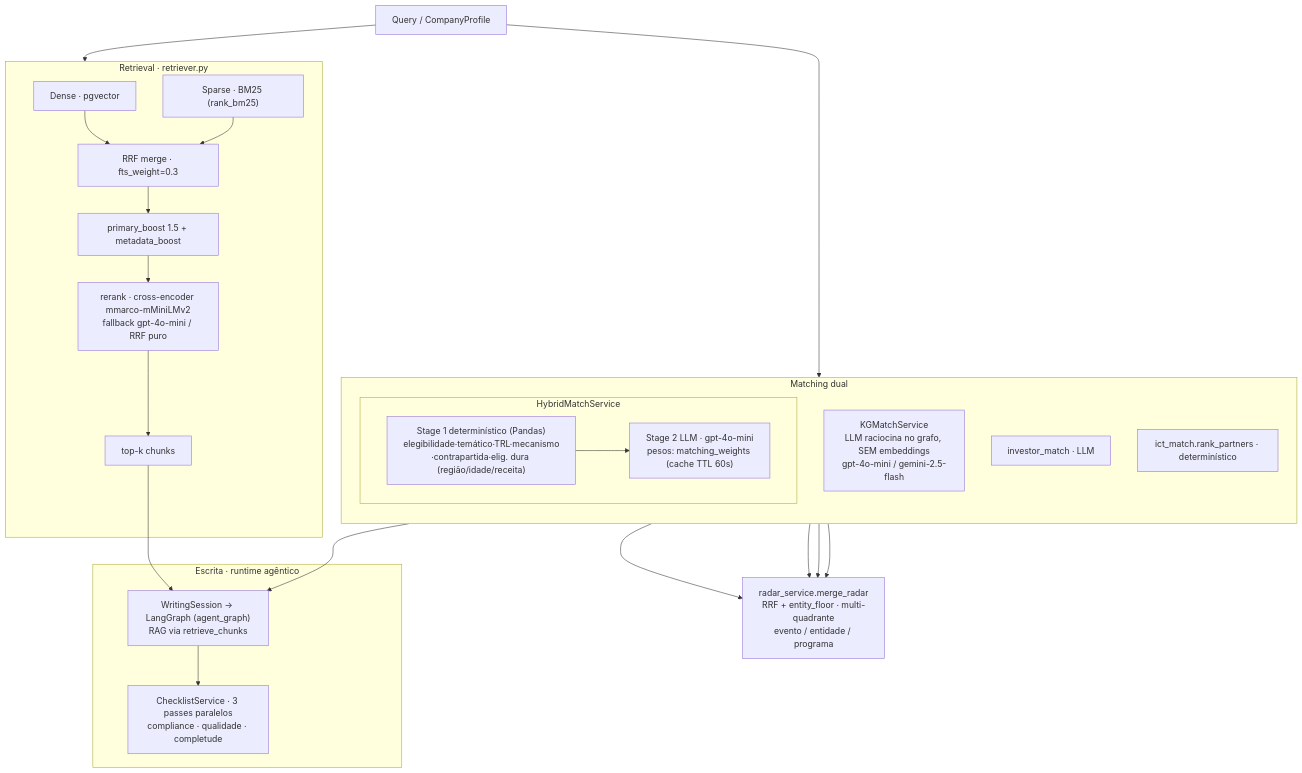
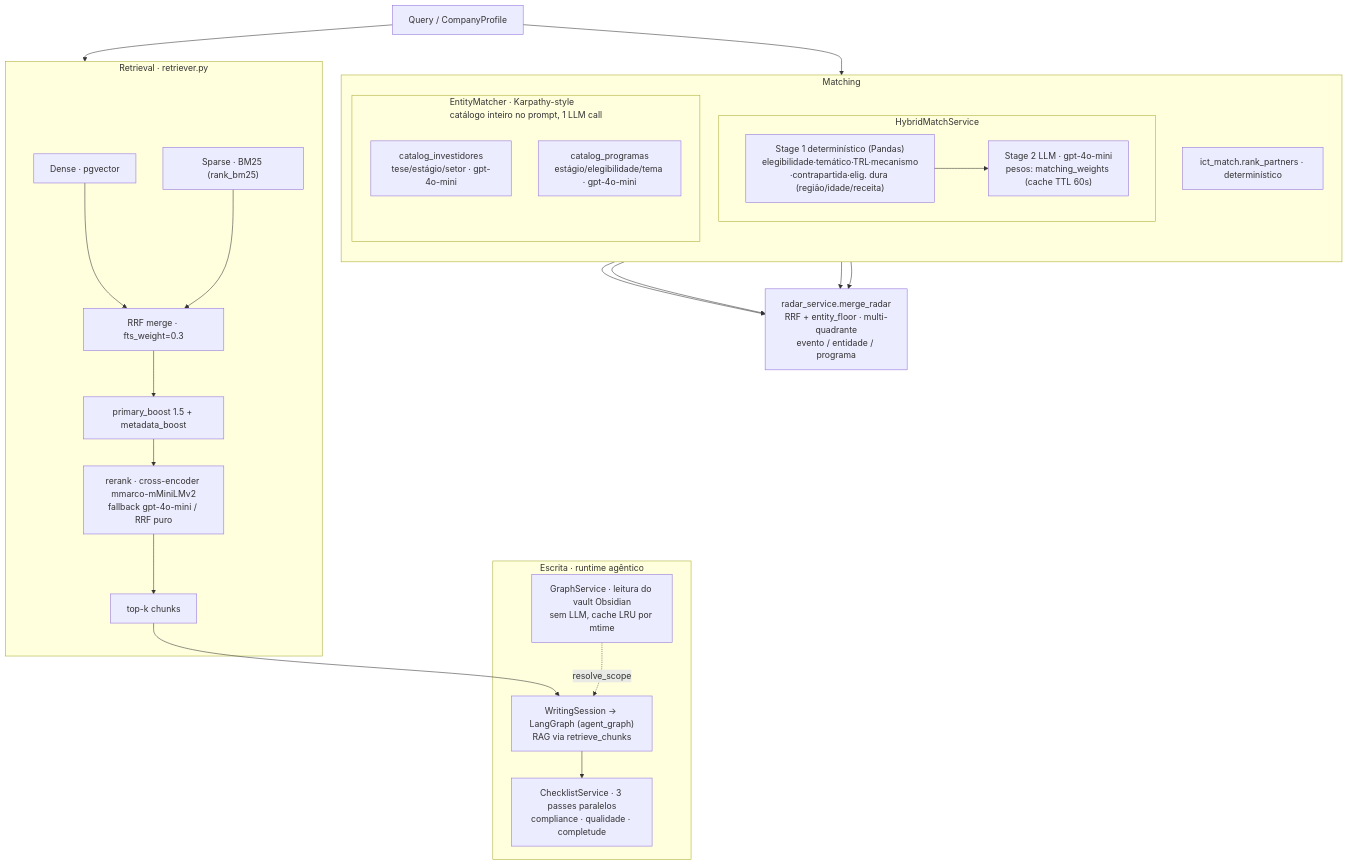
Before and after one commit to lucasborgs/radar_editais: the second of 4 diagrams in docs/architecture.md, drawn with Mermaid.

Commit message:
docs: atualizar diagrama de matching secao 2 — EntityMatcher + GraphService no lugar de KGMatchService

````diff
--- a/docs/architecture.md
+++ b/docs/architecture.md
@@ -54,40 +54,43 @@
 ```mermaid
 flowchart TB
   Q["Query / CompanyProfile"]
 
   subgraph RET["Retrieval · retriever.py"]
     DENSE["Dense · pgvector"]
     SPARSE["Sparse · BM25 (rank_bm25)"]
     DENSE --> RRF["RRF merge · fts_weight=0.3"]
     SPARSE --> RRF
     RRF --> BOOST["primary_boost 1.5 + metadata_boost"]
     BOOST --> RERANK["rerank · cross-encoder mmarco-mMiniLMv2<br/>fallback gpt-4o-mini / RRF puro"]
     RERANK --> TOPK["top-k chunks"]
   end
 
-  subgraph MATCH["Matching dual"]
+  subgraph MATCH["Matching"]
     direction TB
     subgraph HM["HybridMatchService"]
       S1["Stage 1 determinístico (Pandas)<br/>elegibilidade·temático·TRL·mecanismo<br/>·contrapartida·elig. dura (região/idade/receita)"]
       S1 --> S2["Stage 2 LLM · gpt-4o-mini<br/>pesos: matching_weights (cache TTL 60s)"]
     end
-    KGM["KGMatchService<br/>LLM raciocina no grafo, SEM embeddings<br/>gpt-4o-mini / gemini-2.5-flash"]
-    INV["investor_match · LLM"]
+    subgraph EM["EntityMatcher · Karpathy-style<br/>catálogo inteiro no prompt, 1 LLM call"]
+      INV["catalog_investidores<br/>tese/estágio/setor · gpt-4o-mini"]
+      PROG["catalog_programas<br/>estágio/elegibilidade/tema · gpt-4o-mini"]
+    end
     ICT["ict_match.rank_partners · determinístico"]
   end
 
   Q --> RET
   Q --> MATCH
   HM --> RADAR
-  KGM --> RADAR
   INV --> RADAR
+  PROG --> RADAR
   ICT --> RADAR
   RADAR["radar_service.merge_radar<br/>RRF + entity_floor · multi-quadrante<br/>evento / entidade / programa"]
 
   TOPK --> WS
-  KGM --> WS
+  GS -.->|resolve_scope| WS
   subgraph WRITE["Escrita · runtime agêntico"]
+    GS["GraphService · leitura do vault Obsidian<br/>sem LLM, cache LRU por mtime"]
     WS["WritingSession → LangGraph (agent_graph)<br/>RAG via retrieve_chunks"]
     WS --> CKL["ChecklistService · 3 passes paralelos<br/>compliance · qualidade · completude"]
   end
 ```
````
